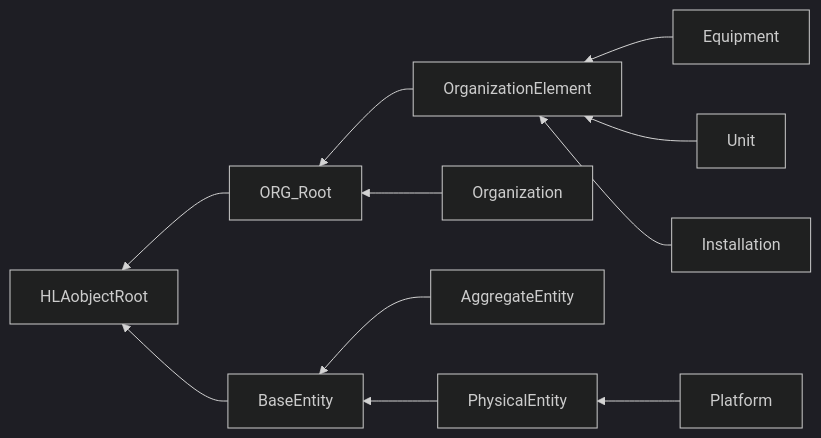
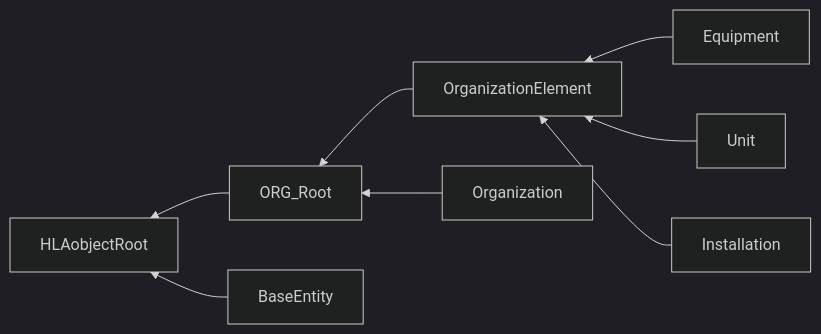
The diagram in NETN-ORG.md (AMSP-04/NETN-ORG), drawn with Mermaid (dark theme) before and after one commit. The commit also changed other lines of this file and 1 other file, not shown here.

````diff
--- a/NETN-ORG.md
+++ b/NETN-ORG.md
@@ -30,13 +30,10 @@
 ```mermaid
 graph RL
 ORG_Root-->HLAobjectRoot
 BaseEntity-->HLAobjectRoot
 OrganizationElement-->ORG_Root
 Organization-->ORG_Root
 Equipment-->OrganizationElement
 Unit-->OrganizationElement
 Installation-->OrganizationElement
-AggregateEntity-->BaseEntity
-PhysicalEntity-->BaseEntity
-Platform-->PhysicalEntity
 ```
````
